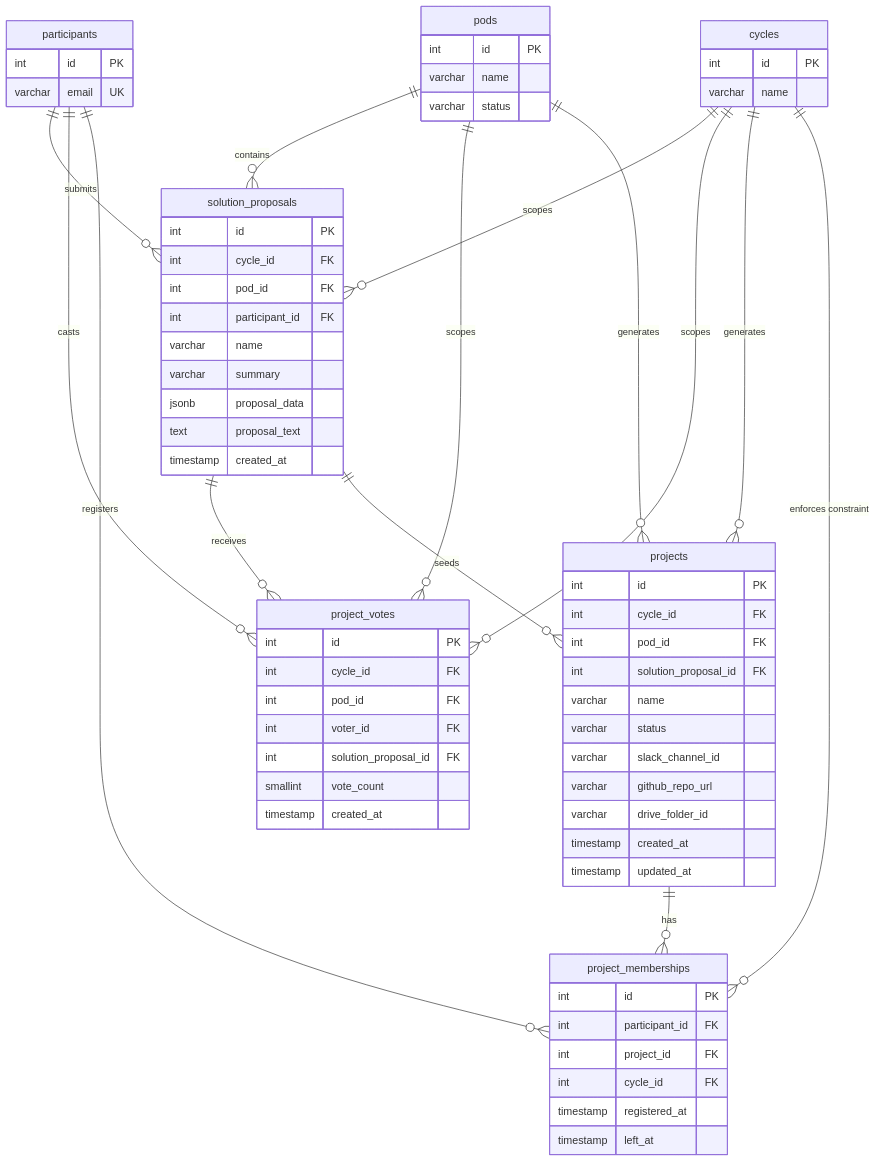
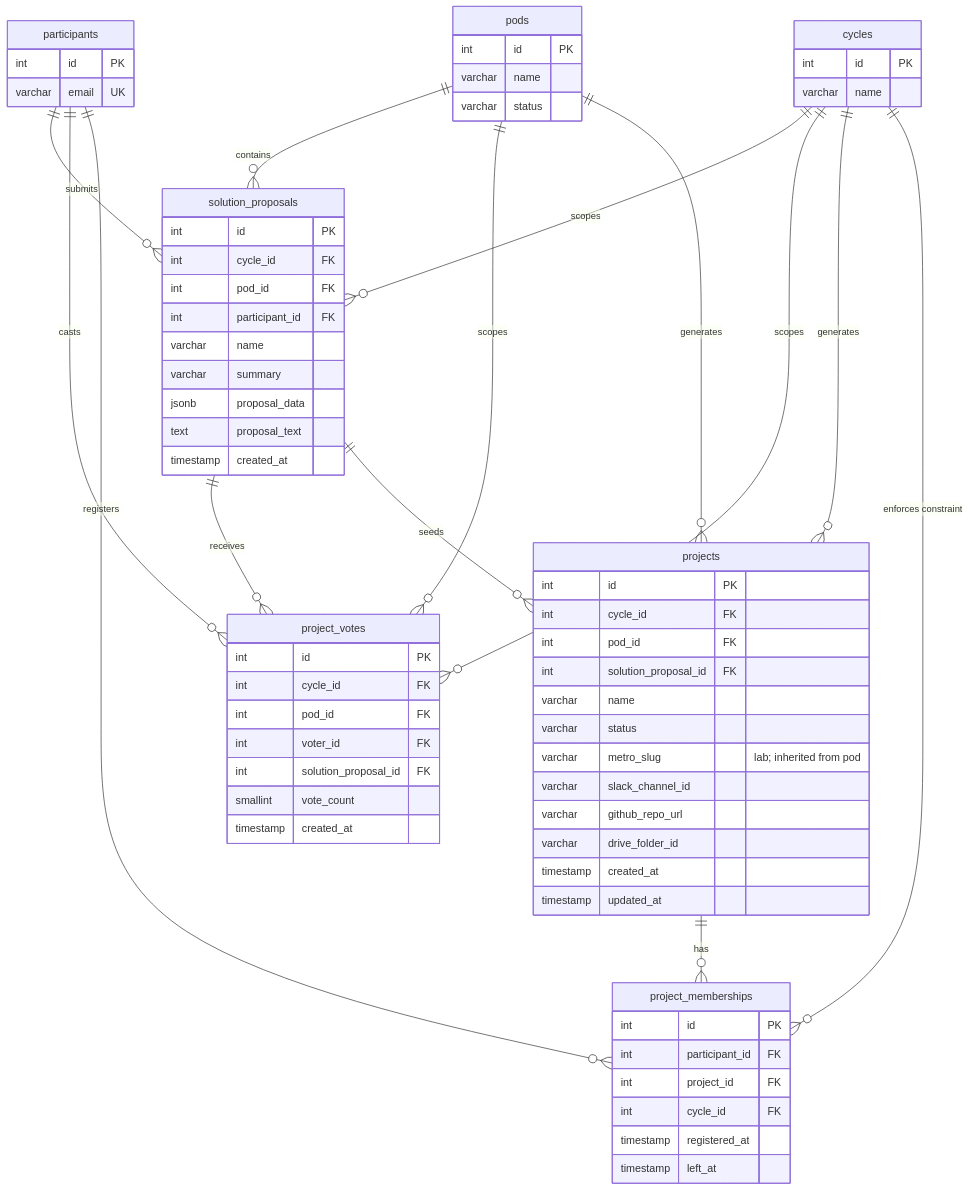
One commit to TheUpskillingLabs/OLOS changed the fifth of 6 diagrams in SCHEMA.md. Above: the diagram before and after it, drawn with Mermaid. The commit also changed other lines of this file and 27 other files, not shown here.

````diff
--- a/SCHEMA.md
+++ b/SCHEMA.md
@@ -310,77 +313,78 @@
 ```mermaid
 erDiagram
     cycles {
         int id PK
         varchar name
     }
 
     participants {
         int id PK
         varchar email UK
     }
 
     pods {
         int id PK
         varchar name
         varchar status
     }
 
     solution_proposals {
         int id PK
         int cycle_id FK
         int pod_id FK
         int participant_id FK
         varchar name
         varchar summary
         jsonb proposal_data
         text proposal_text
         timestamp created_at
     }
 
     project_votes {
         int id PK
         int cycle_id FK
         int pod_id FK
         int voter_id FK
         int solution_proposal_id FK
         smallint vote_count
         timestamp created_at
     }
 
     projects {
         int id PK
         int cycle_id FK
         int pod_id FK
         int solution_proposal_id FK
         varchar name
         varchar status
+        varchar metro_slug "lab; inherited from pod"
         varchar slack_channel_id
         varchar github_repo_url
         varchar drive_folder_id
         timestamp created_at
         timestamp updated_at
     }
 
     project_memberships {
         int id PK
         int participant_id FK
         int project_id FK
         int cycle_id FK
         timestamp registered_at
         timestamp left_at
     }
 
     pods ||--o{ solution_proposals : "contains"
     participants ||--o{ solution_proposals : "submits"
     cycles ||--o{ solution_proposals : "scopes"
     solution_proposals ||--o{ project_votes : "receives"
     participants ||--o{ project_votes : "casts"
     pods ||--o{ project_votes : "scopes"
     cycles ||--o{ project_votes : "scopes"
     solution_proposals ||--o{ projects : "seeds"
     pods ||--o{ projects : "generates"
     cycles ||--o{ projects : "generates"
     projects ||--o{ project_memberships : "has"
     participants ||--o{ project_memberships : "registers"
     cycles ||--o{ project_memberships : "enforces constraint"
 ```
````
